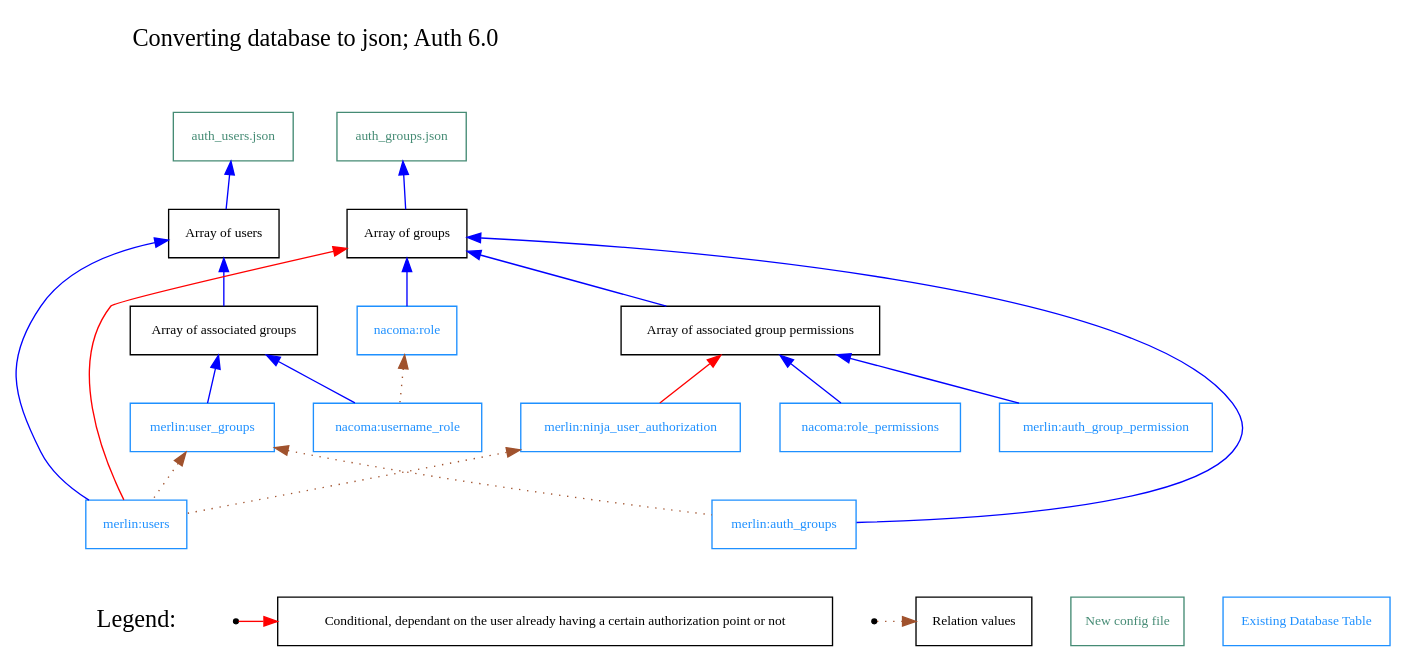
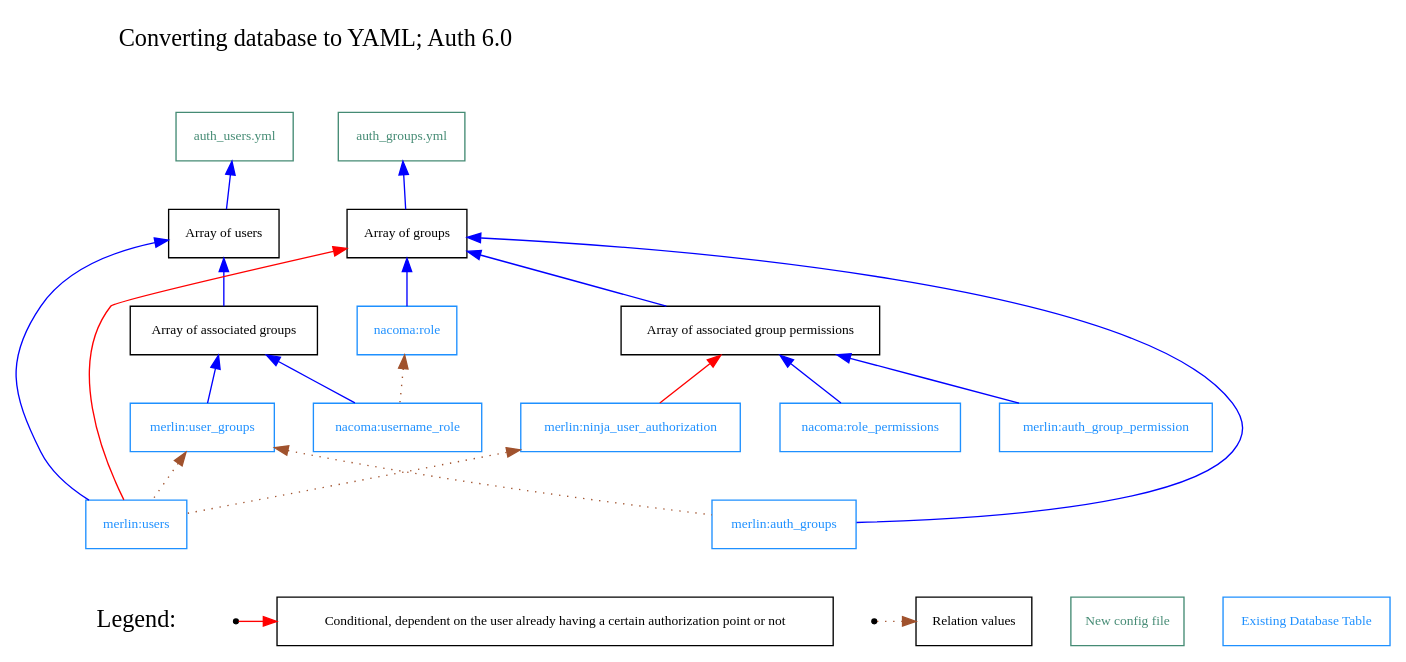
Before and after one commit to ITRS-Group/monitor-ninja: the diagram in xdoc/db_conversion.dot, drawn with Graphviz.

Commit message:
Database conversion: Updated to YAML instead of json.

```diff
--- a/xdoc/db_conversion.dot
+++ b/xdoc/db_conversion.dot
@@ -1,69 +1,69 @@
 digraph databaseConversion {
 	//Node separation
 	nodesep=0.4
 
 	//Title
-	Title [label="Converting database to json; Auth 6.0", fontsize=18, shape=none]
+	Title [label="Converting database to YAML; Auth 6.0", fontsize=18, shape=none]
 
 	//Default styling
 	node [color=Black, fontname=Tahoma, fontsize=10, shape=box]
 	edge [color=Blue, dir=back]
 	
 	//Filse
-	auth_users	[label="auth_users.json", color=Aquamarine4, fontcolor=Aquamarine4]
-	auth_groups	[label="auth_groups.json", color=Aquamarine4, fontcolor=Aquamarine4]
+	auth_users	[label="auth_users.yml", color=Aquamarine4, fontcolor=Aquamarine4]
+	auth_groups	[label="auth_groups.yml", color=Aquamarine4, fontcolor=Aquamarine4]
 
 	//arrays
 	user_array [label="Array of users"]
 	user_group_array [label="Array of associated groups"]
 	group_perm_array [label="Array of associated group permissions"]
 	group_array [label="Array of groups"]
 
 	//Merlin Database with affected tables
 	muser_groups [label="merlin:user_groups", color=Dodgerblue, fontcolor=Dodgerblue]
 	musers [label="merlin:users", color=Dodgerblue, fontcolor=Dodgerblue]
 	mauth_groups [label="merlin:auth_groups", color=Dodgerblue, fontcolor=Dodgerblue]
 	mauth_group_perm [label="merlin:auth_group_permission", color=Dodgerblue, fontcolor=Dodgerblue]
 	mninja_user_auth [label="merlin:ninja_user_authorization", color=Dodgerblue, fontcolor=Dodgerblue]
 
 	//Nacoma Database with affected tables
 	nusername_role [label="nacoma:username_role", color=Dodgerblue, fontcolor=Dodgerblue]
 	nrole [label="nacoma:role", color=Dodgerblue, fontcolor=Dodgerblue]
 	nrole_perm [label="nacoma:role_permissions", color=Dodgerblue, fontcolor=Dodgerblue]
 
 	//Hierarchy
 	Title -> auth_users [style=invis]
 	Title -> auth_groups [style=invis]
 	auth_users -> user_array
 	user_array -> user_group_array
 	auth_groups -> group_array
 	group_array -> group_perm_array
 	group_array -> mauth_groups
 	group_array -> nrole
 	user_group_array -> muser_groups
 	user_group_array -> nusername_role
 	group_array -> musers [color=Red, fontcolor=Red]
 	group_perm_array -> mninja_user_auth [color=Red, fontcolor=Red]
 	group_perm_array -> nrole_perm
 	user_array -> musers
 	mninja_user_auth -> musers [style=dotted color=Sienna]
 	muser_groups -> musers [style=dotted color=Sienna]
 	muser_groups -> mauth_groups [style=dotted color=Sienna]
 	nrole -> nusername_role [style=dotted color=Sienna]
 	group_perm_array -> mauth_group_perm
 	
 	//Legend
 	{
 	 	rank=sink;
 	 	edge [style=invis, dir=forward]
 	 	Legend [label="Legend:", fontsize=18, shape=none]
 	 	RedArrow [shape=point]
 	 	DottedArrow [shape=point]
 	 	ConfFile	[label="New config file", color=Aquamarine4, fontcolor=Aquamarine4]
 	 	DBTable	[label="Existing Database Table", color=Dodgerblue, fontcolor=Dodgerblue]
-	 	RAValue [label="Conditional, dependant on the user already having a certain authorization point or not"]
+	 	RAValue [label="Conditional, dependent on the user already having a certain authorization point or not"]
 		DAValue [label="Relation values"]
 		RedArrow -> RAValue [style=solid,color=Red]
 		DottedArrow -> DAValue [style=dotted color=Sienna]		 
 	}
 }
```
